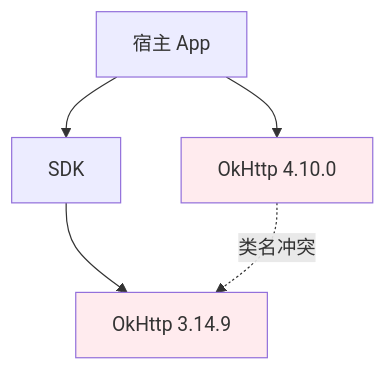
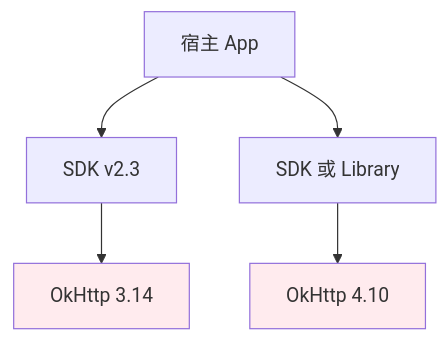
Before and after one commit to chongyang211/YCBookBlog: the second of 6 diagrams in docs/10.真经/05.方案设计思想/03.SDK设计与发布方案.md, drawn with Mermaid. The commit also changed other lines of this file and 36 other files, not shown here.

````diff
--- a/docs/10.真经/05.方案设计思想/03.SDK设计与发布方案.md
+++ b/docs/10.真经/05.方案设计思想/03.SDK设计与发布方案.md
@@ -133,11 +282,16 @@
 ```mermaid
 graph TB
-    App[宿主 App] --> AppOk[OkHttp 4.10.0]
-    App --> SDK[SDK]
-    SDK --> SDKOk[OkHttp 3.14.9]
+    App[宿主 App]
+    SDK[SDK v2.3]
+    Other[SDK 或 Library]
+    OkHttp3[OkHttp 3.14]
+    OkHttp4[OkHttp 4.10]
     
-    AppOk -.类名冲突.-> SDKOk
+    App --> SDK
+    App --> Other
+    SDK --> OkHttp3
+    Other --> OkHttp4
     
-    style AppOk fill:#ffebee
-    style SDKOk fill:#ffebee
+    style OkHttp3 fill:#ffebee
+    style OkHttp4 fill:#ffebee
 ```
````
